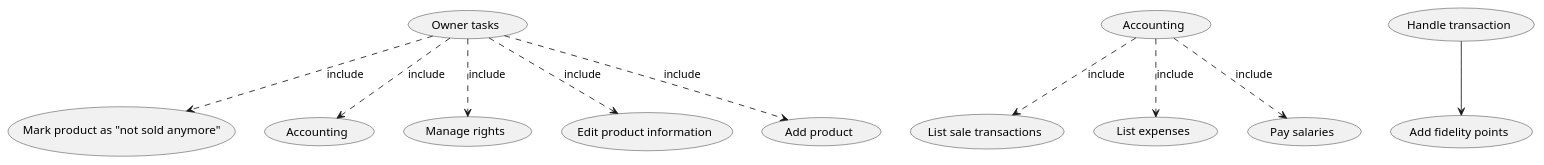
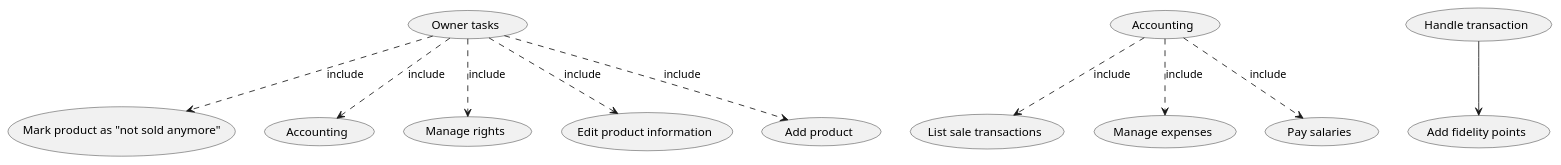
Before and after one commit to nicolabattaglino/ezshop: the third of 7 diagrams in Deliverables/RequirementsDocument.md, drawn with PlantUML. The commit also changed other lines of this file, not shown here.

Commit message:
changed list of expenses to manage expenses

````diff
--- a/Deliverables/RequirementsDocument.md
+++ b/Deliverables/RequirementsDocument.md
@@ -246,25 +246,25 @@
 ```plantuml
 @startuml
 "Mark product as "not sold anymore"" as (notSold)
 "Accounting" as (accounting)
 "Manage rights" as (manageRights)
 "Owner tasks" as (ownerTasks)
 "Edit product information" as (editProduct)
 "Add product" as (addProduct)
 "Accounting" as (acoounting)
 "List sale transactions" as (listSale)
-"List expenses" as (listExpenses)
+"Manage expenses" as (listExpenses)
 "Pay salaries" as (paySalaries)
 "Add fidelity points" as (addPoints)
 "Handle transaction" as (handleTransaction)
 (ownerTasks) ..> (addProduct):include
 (acoounting) ..> (listSale):include
 (acoounting) ..> (listExpenses):include
 (acoounting) ..> (paySalaries):include
 (ownerTasks) ..> (notSold):include
 (ownerTasks) ..> (accounting):include
 (ownerTasks) ..> (manageRights):include
 (ownerTasks) ..> (editProduct):include
 (handleTransaction) --> (addPoints)
 @enduml
 ```
````
